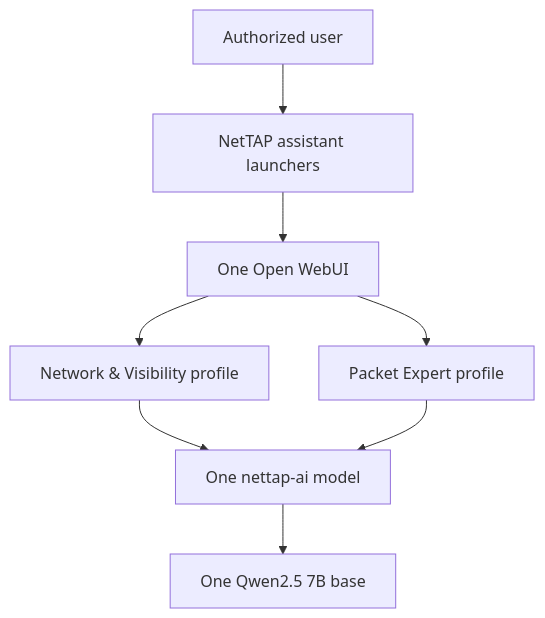
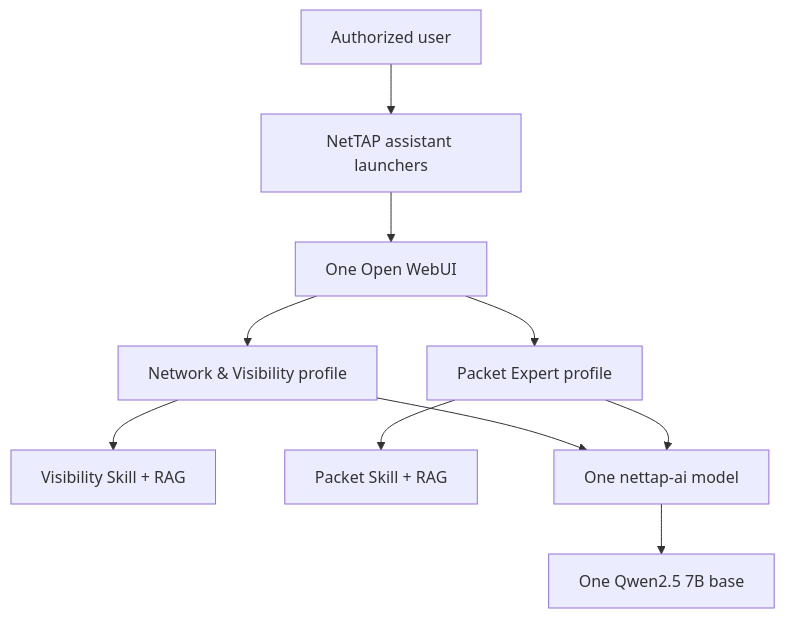
One commit to mpdwyer2367/nettap-packet-expert changed the diagram in docs/ARCHITECTURE.md. Above: the diagram before and after it, drawn with Mermaid. The commit also changed other lines of this file and 24 other files, not shown here.

````diff
--- a/docs/ARCHITECTURE.md
+++ b/docs/ARCHITECTURE.md
@@ -7,10 +7,12 @@
 ```mermaid
 flowchart TB
     U["Authorized user"] --> L["NetTAP assistant launchers"]
     L --> W["One Open WebUI"]
     W --> V["Network & Visibility profile"]
     W --> P["Packet Expert profile"]
+    V --> VS["Visibility Skill + RAG"]
+    P --> PS["Packet Skill + RAG"]
     V --> N["One nettap-ai model"]
     P --> N
     N --> Q["One Qwen2.5 7B base"]
 ```
````
